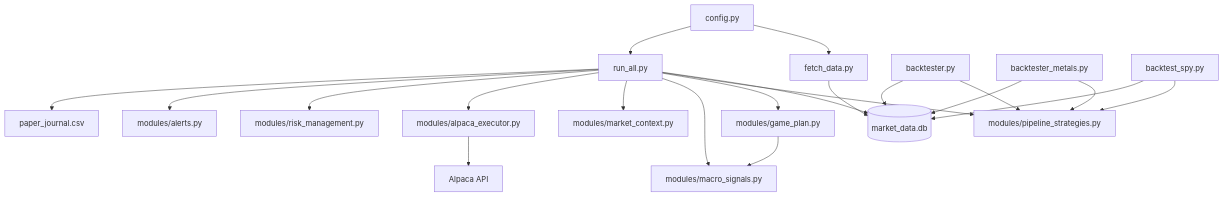
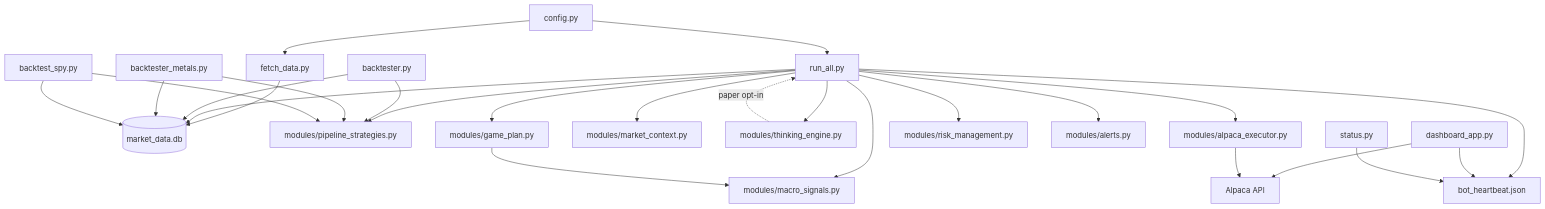
The diagram in stock-bot/README.md (dawimberly/trading-bot), drawn with Mermaid before and after one commit. The commit also changed other lines of this file and 5 other files, not shown here.

First line of the commit message:
refactor(phase3-complete): Dashboard, backtester, thinking polish + full documentation update

````diff
--- a/stock-bot/README.md
+++ b/stock-bot/README.md
@@ -234,23 +318,28 @@
 ```mermaid
 flowchart TB
   config[config.py] --> fetchData[fetch_data.py]
   config --> runAll[run_all.py]
   fetchData --> db[(market_data.db)]
   runAll --> db
   runAll --> strategies[modules/pipeline_strategies.py]
   runAll --> gamePlan[modules/game_plan.py]
   runAll --> macroSig[modules/macro_signals.py]
   runAll --> marketCtx[modules/market_context.py]
+  runAll --> thinking[modules/thinking_engine.py]
   runAll --> executor[modules/alpaca_executor.py]
   runAll --> risk[modules/risk_management.py]
   runAll --> alerts[modules/alerts.py]
-  runAll --> journal[paper_journal.csv]
+  runAll --> hb[bot_heartbeat.json]
   gamePlan --> macroSig
+  thinking -.->|paper opt-in| runAll
+  dashboard[dashboard_app.py] --> hb
+  dashboard --> alpaca[Alpaca API]
+  status[status.py] --> hb
   backtester[backtester.py] --> strategies
   backtestMetals[backtester_metals.py] --> strategies
   backtestSpy[backtest_spy.py] --> strategies
   backtester --> db
   backtestMetals --> db
   backtestSpy --> db
-  executor --> alpaca[Alpaca API]
+  executor --> alpaca
 ```
````
